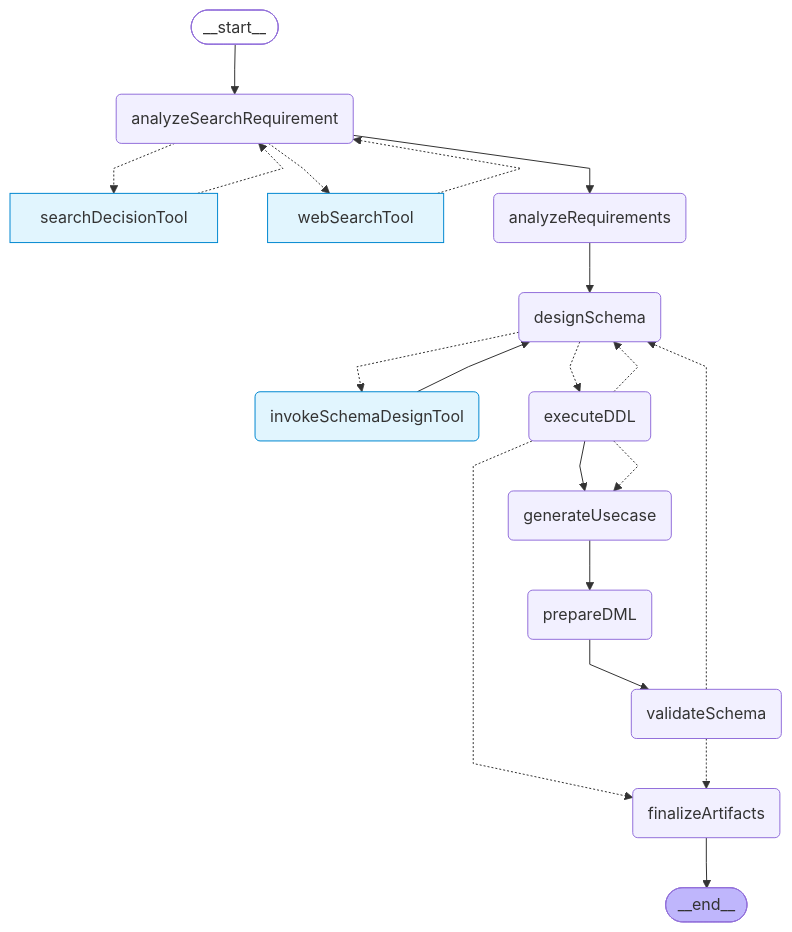
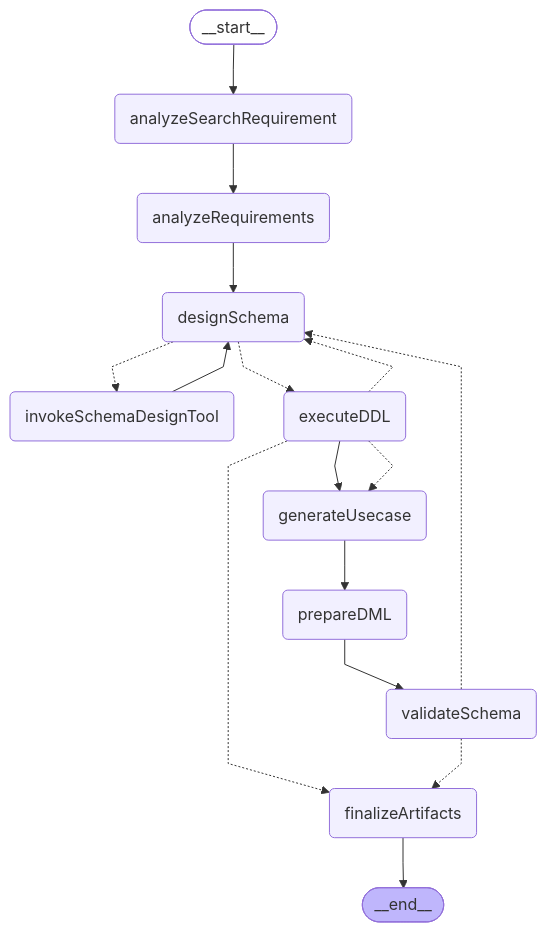
One commit to liam-hq/liam changed the diagram in frontend/internal-packages/agent/src/chat/workflow/README.md. Above: the diagram before and after it, drawn with Mermaid. The commit also changed 1 other file, not shown here.

Commit message:
✅ Fix test failures after webSearchNode refactoring
Updates expected Mermaid diagram in createGraph.test.ts and README.md to reflect the new workflow structure:
- Replace webSearch node with analyzeSearchRequirement node
- Update edge connections to match actual LangGraph output
- Remove tool-specific styling that doesn't appear in generated diagrams

🤖 Generated with [Claude Code](https://claude.ai/code)

````diff
--- a/frontend/internal-packages/agent/src/chat/workflow/README.md
+++ b/frontend/internal-packages/agent/src/chat/workflow/README.md
@@ -7,40 +7,33 @@
 ```mermaid
 %%{init: {'flowchart': {'curve': 'linear'}}}%%
 graph TD;
 	__start__([<p>__start__</p>]):::first
 	analyzeSearchRequirement(analyzeSearchRequirement)
-	searchDecisionTool[searchDecisionTool]:::tool
-	webSearchTool[webSearchTool]:::tool
 	analyzeRequirements(analyzeRequirements)
 	designSchema(designSchema)
-	invokeSchemaDesignTool(invokeSchemaDesignTool):::tool
+	invokeSchemaDesignTool(invokeSchemaDesignTool)
 	executeDDL(executeDDL)
 	generateUsecase(generateUsecase)
 	prepareDML(prepareDML)
 	validateSchema(validateSchema)
 	finalizeArtifacts(finalizeArtifacts)
 	__end__([<p>__end__</p>]):::last
 	__start__ --> analyzeSearchRequirement;
-	analyzeSearchRequirement -.-> searchDecisionTool;
-	searchDecisionTool -.-> analyzeSearchRequirement;
-	analyzeSearchRequirement -.-> webSearchTool;
-	webSearchTool -.-> analyzeSearchRequirement;
+	analyzeRequirements --> designSchema;
 	analyzeSearchRequirement --> analyzeRequirements;
-	analyzeRequirements --> designSchema;
 	executeDDL --> generateUsecase;
 	finalizeArtifacts --> __end__;
 	generateUsecase --> prepareDML;
 	invokeSchemaDesignTool --> designSchema;
 	prepareDML --> validateSchema;
 	designSchema -.-> invokeSchemaDesignTool;
 	designSchema -.-> executeDDL;
 	executeDDL -.-> designSchema;
 	executeDDL -.-> finalizeArtifacts;
 	executeDDL -.-> generateUsecase;
 	validateSchema -.-> designSchema;
 	validateSchema -.-> finalizeArtifacts;
 	classDef default fill:#f2f0ff,line-height:1.2;
 	classDef first fill-opacity:0;
 	classDef last fill:#bfb6fc;
-	classDef tool fill:#e1f5fe,stroke:#0288d1,line-height:1.2;
 ```
````
